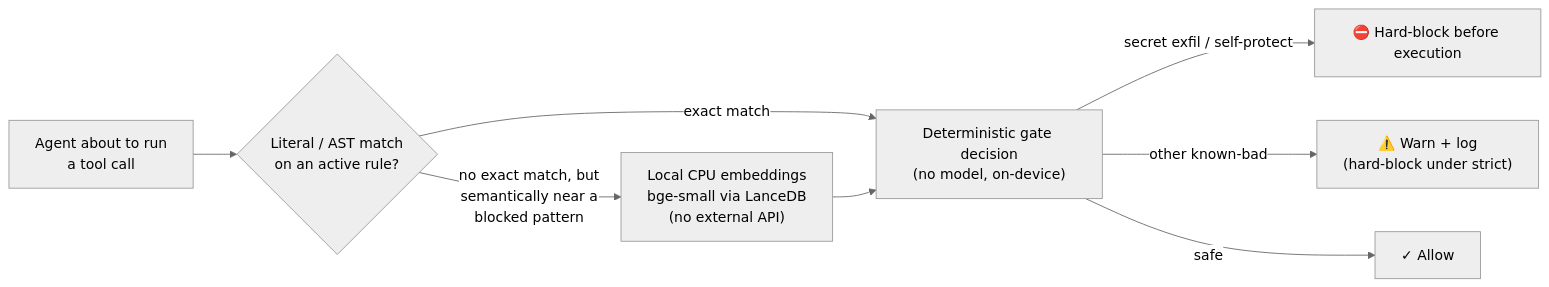
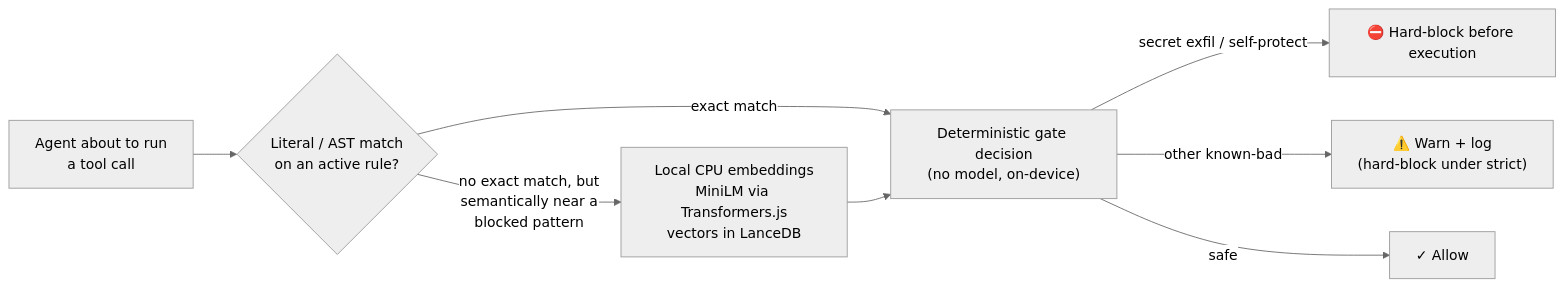
One commit to IgorGanapolsky/ThumbGate changed the diagram in README.md. Above: the diagram before and after it, drawn with Mermaid (neutral theme). The commit also changed other lines of this file and 16 other files, not shown here.

````diff
--- a/README.md
+++ b/README.md
@@ -283,10 +285,10 @@
 ```mermaid
 flowchart LR
     A["Agent about to run<br/>a tool call"] --> B{"Literal / AST match<br/>on an active rule?"}
     B -- "exact match" --> D["Deterministic gate decision<br/>(no model, on-device)"]
-    B -- "no exact match, but<br/>semantically near a<br/>blocked pattern" --> C["Local CPU embeddings<br/>bge-small via LanceDB<br/>(no external API)"]
+    B -- "no exact match, but<br/>semantically near a<br/>blocked pattern" --> C["Local CPU embeddings<br/>MiniLM via Transformers.js<br/>vectors in LanceDB"]
     C --> D
     D -- "secret exfil / self-protect" --> E["⛔ Hard-block before execution"]
     D -- "other known-bad" --> G["⚠️ Warn + log<br/>(hard-block under strict)"]
     D -- "safe" --> F["✓ Allow"]
 ```
````
